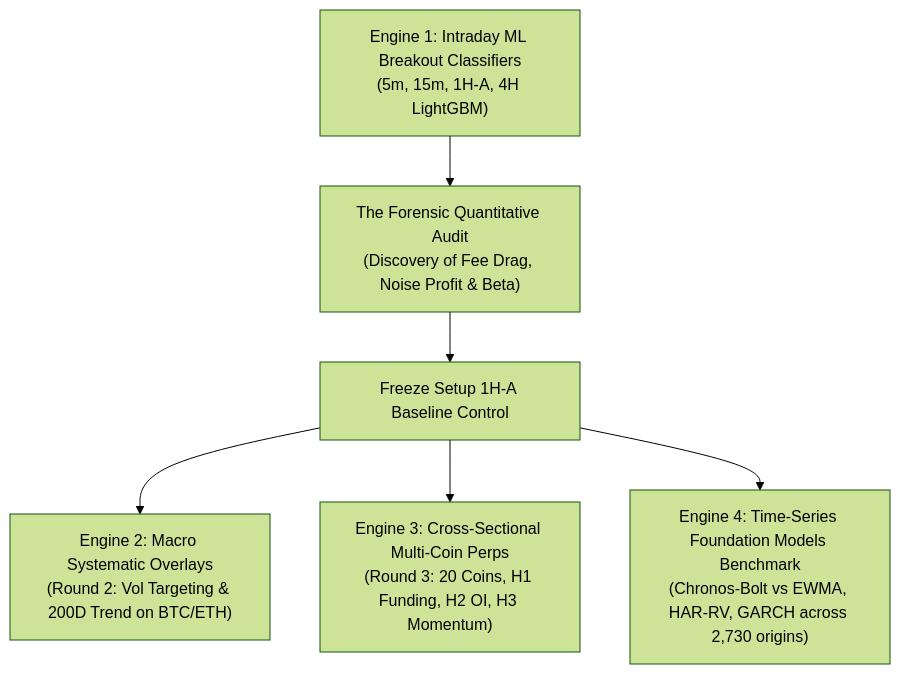
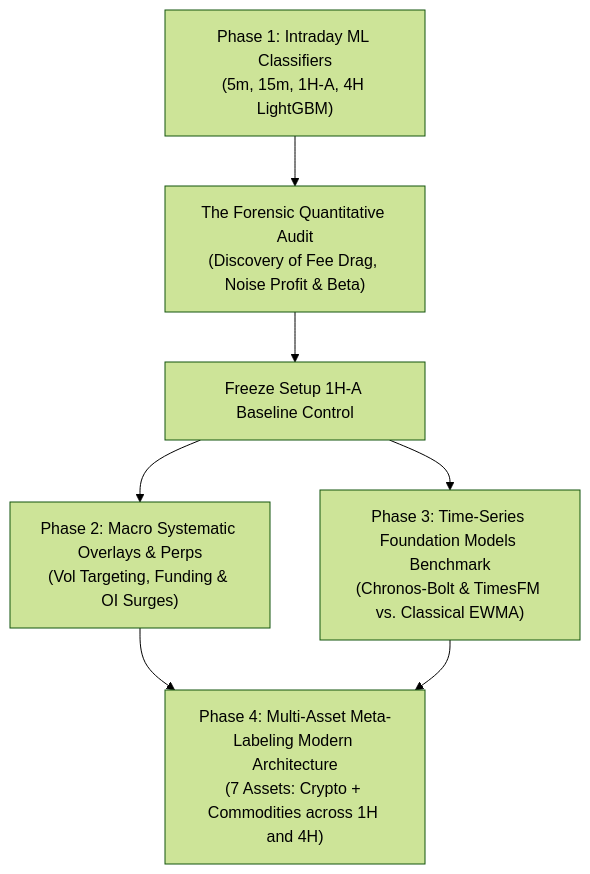
One commit to AnshulParate2004/Trader-Pro-Dashboard changed the first of 3 diagrams in docs/MASTER_SYSTEM_ARCHITECTURE_AND_RESEARCH_DOSSIER.md. Above: the diagram before and after it, drawn with Mermaid (forest theme). The commit also changed other lines of this file and 52 other files, not shown here.

````diff
--- a/docs/MASTER_SYSTEM_ARCHITECTURE_AND_RESEARCH_DOSSIER.md
+++ b/docs/MASTER_SYSTEM_ARCHITECTURE_AND_RESEARCH_DOSSIER.md
@@ -38,8 +47,8 @@
 ```mermaid
 flowchart TD
-    E1["Engine 1: Intraday ML Breakout Classifiers<br/>(5m, 15m, 1H-A, 4H LightGBM)"] --> AUDIT["The Forensic Quantitative Audit<br/>(Discovery of Fee Drag, Noise Profit & Beta)"]
+    E1["Phase 1: Intraday ML Classifiers<br/>(5m, 15m, 1H-A, 4H LightGBM)"] --> AUDIT["The Forensic Quantitative Audit<br/>(Discovery of Fee Drag, Noise Profit & Beta)"]
     AUDIT --> FREEZE["Freeze Setup 1H-A Baseline Control"]
-    FREEZE --> E2["Engine 2: Macro Systematic Overlays<br/>(Round 2: Vol Targeting & 200D Trend on BTC/ETH)"]
-    FREEZE --> E3["Engine 3: Cross-Sectional Multi-Coin Perps<br/>(Round 3: 20 Coins, H1 Funding, H2 OI, H3 Momentum)"]
-    FREEZE --> E4["Engine 4: Time-Series Foundation Models Benchmark<br/>(Chronos-Bolt vs EWMA, HAR-RV, GARCH across 2,730 origins)"]
+    FREEZE --> E2["Phase 2: Macro Systematic Overlays & Perps<br/>(Vol Targeting, Funding & OI Surges)"]
+    FREEZE --> E3["Phase 3: Time-Series Foundation Models Benchmark<br/>(Chronos-Bolt & TimesFM vs. Classical EWMA)"]
+    E2 & E3 --> E4["Phase 4: Multi-Asset Meta-Labeling Modern Architecture<br/>(7 Assets: Crypto + Commodities across 1H and 4H)"]
 ```
````
